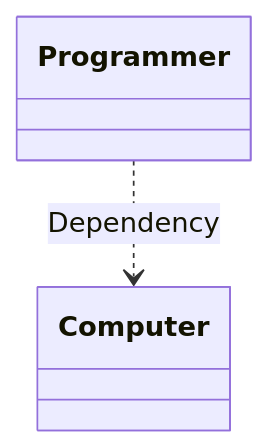
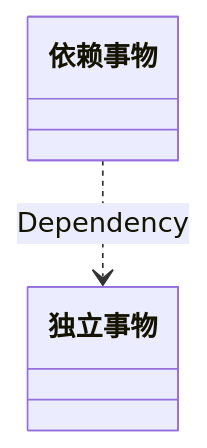
One commit to chesterchenn/blog changed the second of 6 diagrams in _posts/2022/2022-05-02-UML.md. Above: the diagram before and after it, drawn with Mermaid. The commit also changed other lines of this file, not shown here.

```diff
--- a/_posts/2022/2022-05-02-UML.md
+++ b/_posts/2022/2022-05-02-UML.md
@@ -105,4 +105,4 @@
 <div class="mermaid">
   classDiagram
-  Programmer ..> Computer : Dependency
+  依赖事物 ..> 独立事物 : Dependency
 </div>
```
